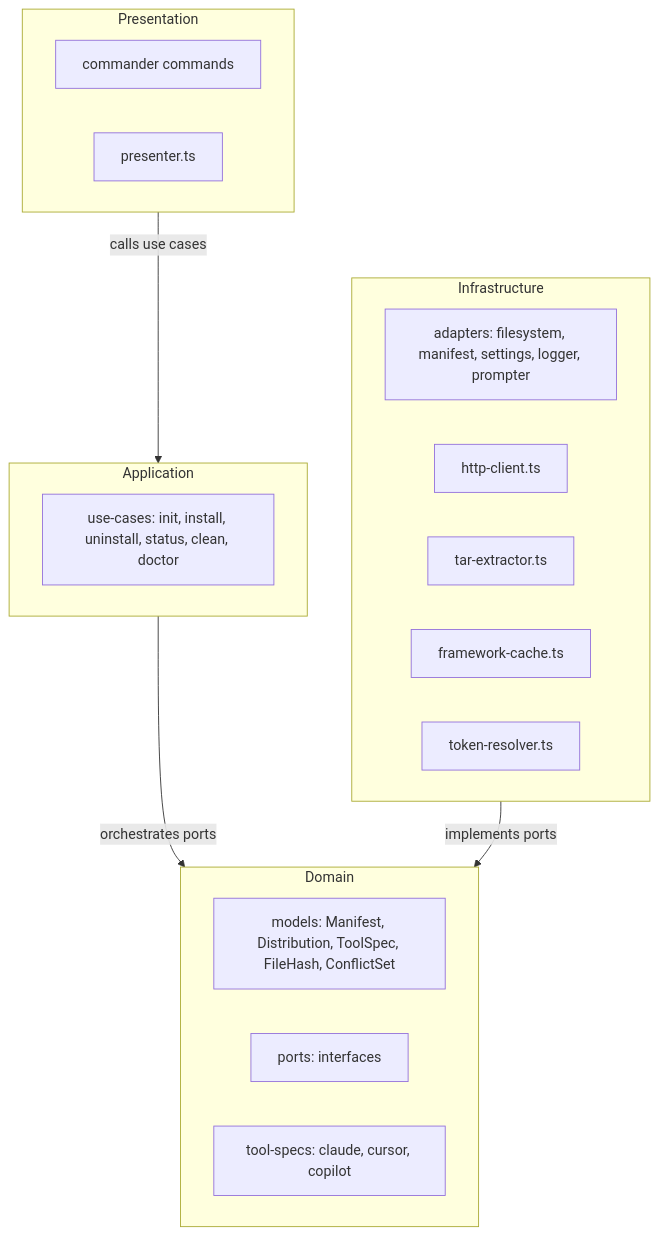
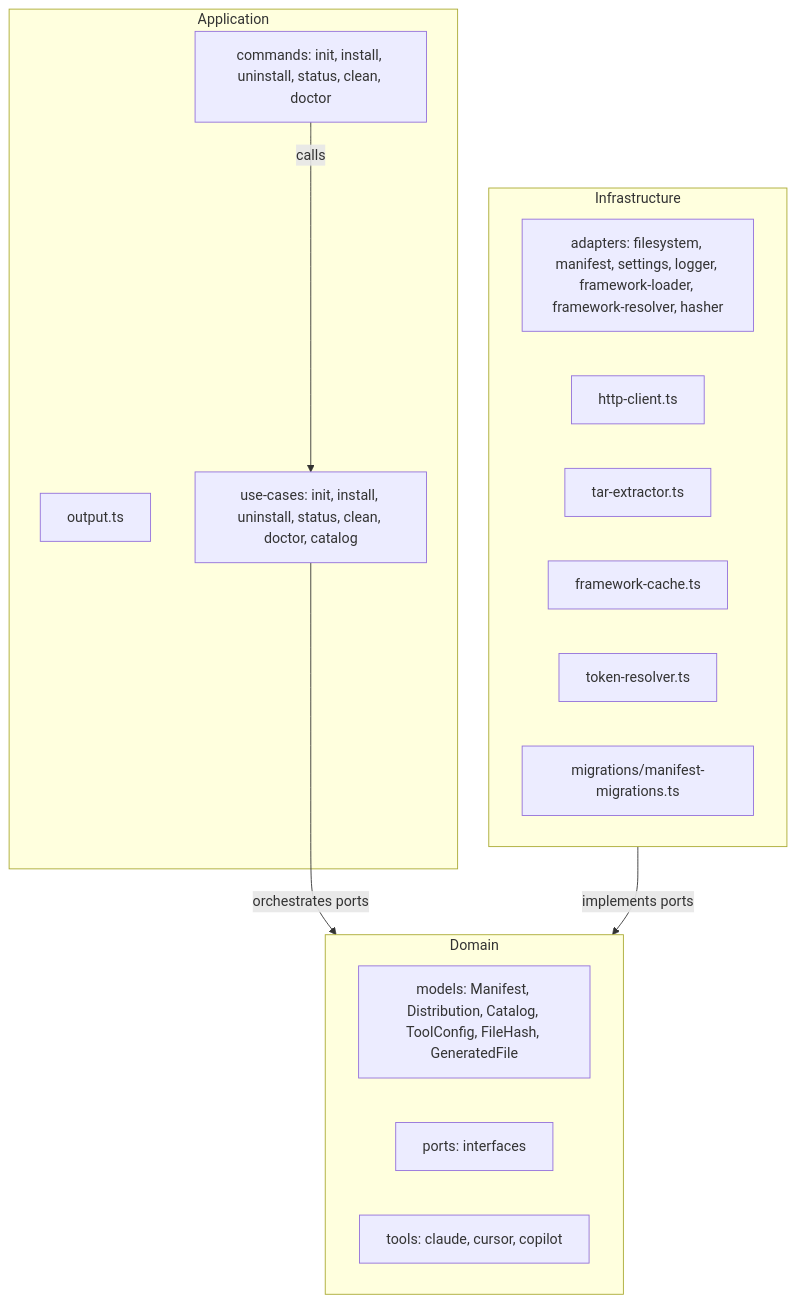
One commit to ai-driven-dev/framework changed the second of 3 diagrams in aidd_docs/memory/architecture.md. Above: the diagram before and after it, drawn with Mermaid. The commit also changed other lines of this file and 5 other files, not shown here.

Commit message:
docs(memory): update architecture, testing, codebase map, and project docs

````diff
--- a/aidd_docs/memory/architecture.md
+++ b/aidd_docs/memory/architecture.md
@@ -38,25 +40,24 @@
 ```mermaid
 flowchart TD
-    subgraph PRES["Presentation"]
-        CMD_FILES["commander commands"]
-        PRESENTER["presenter.ts"]
-    end
     subgraph APP["Application"]
-        USECASES["use-cases: init, install, uninstall, status, clean, doctor"]
+        CMD_FILES["commands: init, install, uninstall, status, clean, doctor"]
+        OUTPUT["output.ts"]
+        USECASES["use-cases: init, install, uninstall, status, clean, doctor, catalog"]
     end
     subgraph DOM["Domain"]
-        MODELS["models: Manifest, Distribution, ToolSpec, FileHash, ConflictSet"]
+        MODELS["models: Manifest, Distribution, Catalog, ToolConfig, FileHash, GeneratedFile"]
         PORTS["ports: interfaces"]
-        TOOLSPECS["tool-specs: claude, cursor, copilot"]
+        TOOLS["tools: claude, cursor, copilot"]
     end
     subgraph INFRA["Infrastructure"]
-        ADAPTERS["adapters: filesystem, manifest, settings, logger, prompter"]
+        ADAPTERS["adapters: filesystem, manifest, settings, logger, framework-loader, framework-resolver, hasher"]
         HTTP["http-client.ts"]
         TAR["tar-extractor.ts"]
         CACHE["framework-cache.ts"]
         TOKEN["token-resolver.ts"]
+        MIG["migrations/manifest-migrations.ts"]
     end
-    PRES -->|calls use cases| APP
-    APP -->|orchestrates ports| DOM
+    CMD_FILES -->|calls| USECASES
+    USECASES -->|orchestrates ports| DOM
     INFRA -->|implements ports| DOM
 ```
````
